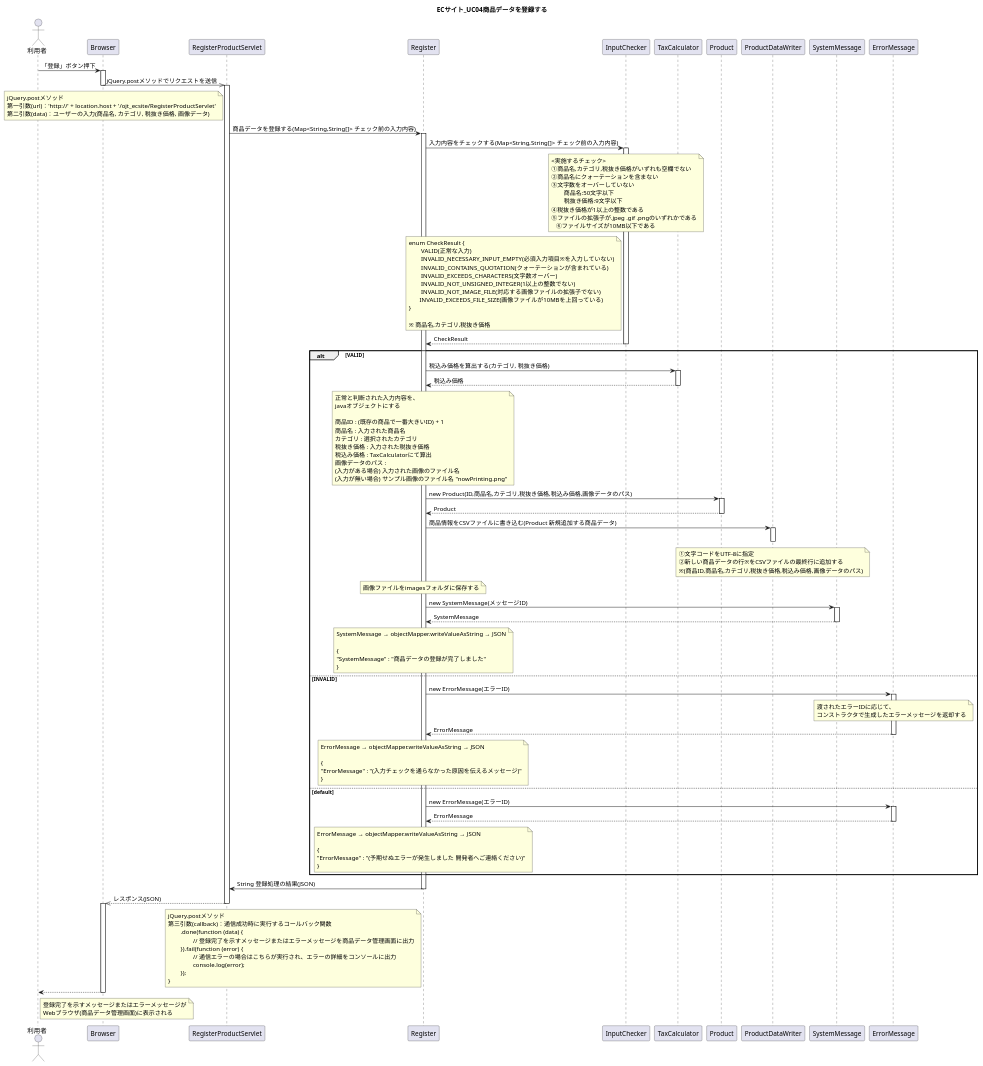
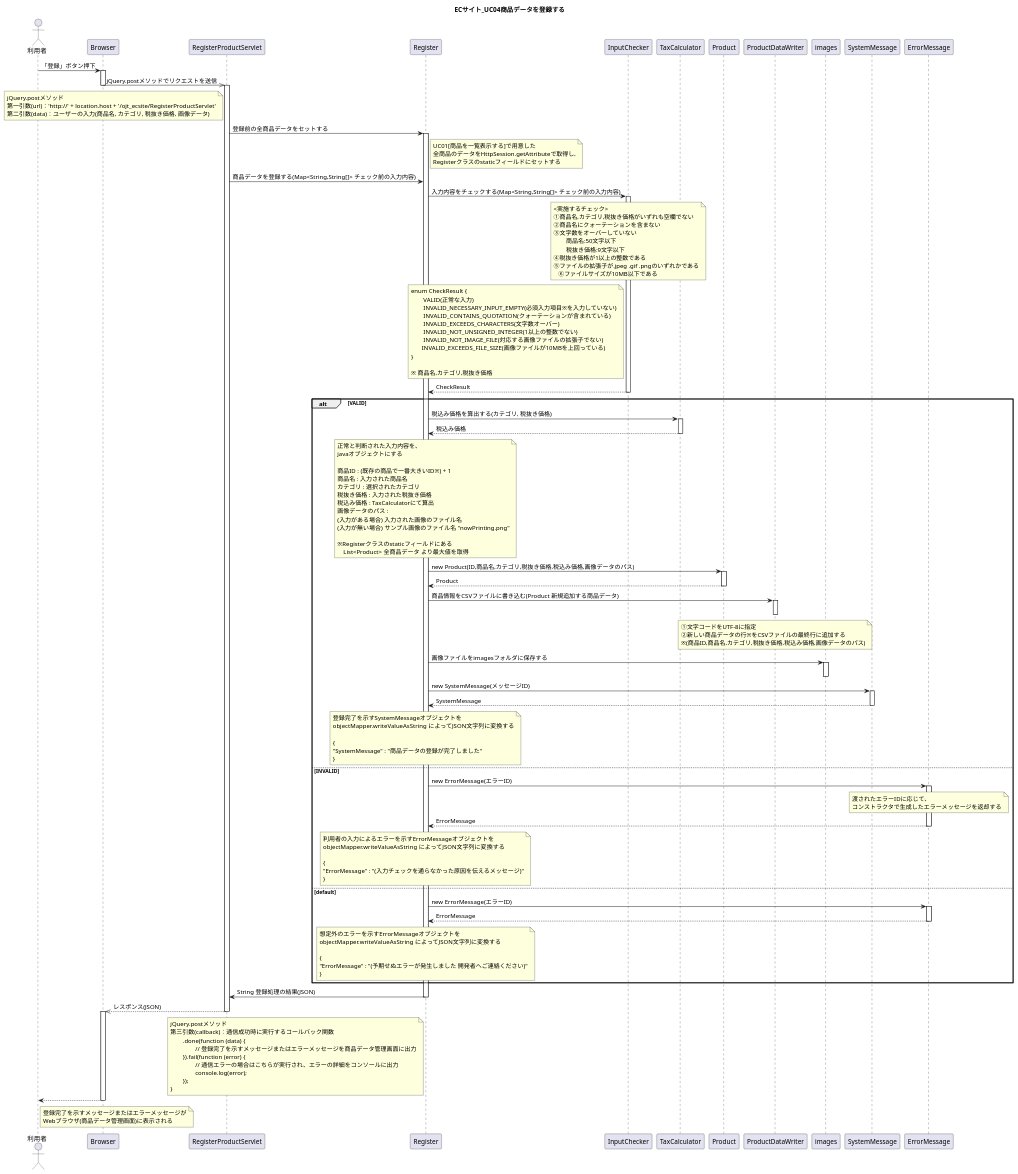
The diagram in UML/Sequence04.puml (wnakayama/ojt_ecsite), drawn with PlantUML before and after one commit. The commit also changed 3 other files, not shown here.

```diff
--- a/UML/Sequence04.puml
+++ b/UML/Sequence04.puml
@@ -1,172 +1,184 @@
 @startuml
 title ECサイト_UC04商品データを登録する
 
 actor 利用者
 
 利用者 -> Browser : 「登録」ボタン押下
 activate Browser
 
 Browser ->> RegisterProductServlet : jQuery.postメソッドでリクエストを送信
 deactivate Browser
 activate RegisterProductServlet
 
 	note left of RegisterProductServlet
 	jQuery.postメソッド
 	第一引数(url)：'http://' + location.host + '/ojt_ecsite/RegisterProductServlet'
 	第二引数(data)：ユーザーの入力(商品名, カテゴリ, 税抜き価格, 画像データ)
 	end note
 
+RegisterProductServlet -> Register : 登録前の全商品データをセットする
+activate Register
+	note right of Register
+	UC01[商品を一覧表示する]で用意した
+	全商品のデータをHttpSession.getAttributeで取得し,
+	Registerクラスのstaticフィールドにセットする
+	end note
+
 RegisterProductServlet -> Register : 商品データを登録する(Map<String,String[]> チェック前の入力内容)
-activate Register
-
 Register -> InputChecker : 入力内容をチェックする(Map<String,String[]> チェック前の入力内容)
 activate InputChecker
 
 	note over InputChecker
 	<実施するチェック>
 	①商品名,カテゴリ,税抜き価格がいずれも空欄でない
 	②商品名にクォーテーションを含まない
 	③文字数をオーバーしていない
 		商品名:50文字以下
 		税抜き価格:9文字以下
 	④税抜き価格が1以上の整数である
 	⑤ファイルの拡張子が.jpeg .gif .pngのいずれかである
     ⑥ファイルサイズが10MB以下である
 	end note
 
 	note left of InputChecker 
 	enum CheckResult {
 		VALID(正常な入力)
 		INVALID_NECESSARY_INPUT_EMPTY(必須入力項目※を入力していない)
 		INVALID_CONTAINS_QUOTATION(クォーテーションが含まれている)
 		INVALID_EXCEEDS_CHARACTERS(文字数オーバー)
 		INVALID_NOT_UNSIGNED_INTEGER(1以上の整数でない)
 		INVALID_NOT_IMAGE_FILE(対応する画像ファイルの拡張子でない)
         INVALID_EXCEEDS_FILE_SIZE(画像ファイルが10MBを上回っている)
 	}
 
 	※ 商品名,カテゴリ,税抜き価格
 	end note
 
 Register <-- InputChecker : CheckResult
 deactivate InputChecker
 
 
 alt VALID
 
 Register -> TaxCalculator : 税込み価格を算出する(カテゴリ, 税抜き価格)
 activate TaxCalculator
 Register <-- TaxCalculator : 税込み価格
 deactivate TaxCalculator
 
 	note over Register
 	正常と判断された入力内容を、
 	javaオブジェクトにする
 
-	商品ID : (既存の商品で一番大きいID) + 1
+	商品ID : (既存の商品で一番大きいID※) + 1
 	商品名 : 入力された商品名
 	カテゴリ : 選択されたカテゴリ
 	税抜き価格 : 入力された税抜き価格
 	税込み価格 : TaxCalculatorにて算出
 	画像データのパス : 
 	(入力がある場合) 入力された画像のファイル名
 	(入力が無い場合) サンプル画像のファイル名 "nowPrinting.png"
+
+	※Registerクラスのstaticフィールドにある
+	　List<Product> 全商品データ より最大値を取得
 	end note
 
 Register -> Product : new Product(ID,商品名,カテゴリ,税抜き価格,税込み価格,画像データのパス)
 activate Product
 Register <-- Product : Product
 deactivate Product
 
 Register -> ProductDataWriter : 商品情報をCSVファイルに書き込む(Product 新規追加する商品データ)
 activate ProductDataWriter
 	note over ProductDataWriter
 	①文字コードをUTF-8に指定
 	②新しい商品データの行※をCSVファイルの最終行に追加する
 	※(商品ID,商品名,カテゴリ,税抜き価格,税込み価格,画像データのパス)
 	end note
 deactivate ProductDataWriter
 
-	note over Register
-	画像ファイルをimagesフォルダに保存する
-	end note
+Register -> images : 画像ファイルをimagesフォルダに保存する
+activate images
+deactivate images
 
 Register -> SystemMessage : new SystemMessage(メッセージID)
 activate SystemMessage
 Register <-- SystemMessage : SystemMessage
 deactivate SystemMessage
 
 	note over Register
-	SystemMessage → objectMapper.writeValueAsString → JSON
+	登録完了を示すSystemMessageオブジェクトを
+	objectMapper.writeValueAsString によってJSON文字列に変換する
 
 	{
 	"SystemMessage" : "商品データの登録が完了しました"
 	}
 	end note
 
 else INVALID
 
 Register -> ErrorMessage : new ErrorMessage(エラーID)
 activate ErrorMessage
 
 	note over ErrorMessage
 	渡されたエラーIDに応じて、
 	コンストラクタで生成したエラーメッセージを返却する
 	end note
 
 Register <-- ErrorMessage : ErrorMessage
 deactivate ErrorMessage
 
 	note over Register
-	ErrorMessage → objectMapper.writeValueAsString → JSON
+	利用者の入力によるエラーを示すErrorMessageオブジェクトを
+	objectMapper.writeValueAsString によってJSON文字列に変換する
 
 	{
 	"ErrorMessage" : "(入力チェックを通らなかった原因を伝えるメッセージ)"
 	}
 	end note
 
 else default
 
 Register -> ErrorMessage : new ErrorMessage(エラーID)
 activate ErrorMessage
 Register <-- ErrorMessage : ErrorMessage
 deactivate ErrorMessage
 
 	note over Register
-	ErrorMessage → objectMapper.writeValueAsString → JSON
+	想定外のエラーを示すErrorMessageオブジェクトを
+	objectMapper.writeValueAsString によってJSON文字列に変換する
 
 	{
 	"ErrorMessage" : "(予期せぬエラーが発生しました 開発者へご連絡ください)"
 	}
 	end note
 
 end
 
 RegisterProductServlet <- Register : String 登録処理の結果(JSON)
 deactivate Register
 Browser <<-- RegisterProductServlet : レスポンス(JSON)
 deactivate RegisterProductServlet
 activate Browser
 
 	note left of Register
 	jQuery.postメソッド
 	第三引数(callback)：通信成功時に実行するコールバック関数
 		.done(function (data) {
 			// 登録完了を示すメッセージまたはエラーメッセージを商品データ管理画面に出力
 		}).fail(function (error) {
 			// 通信エラーの場合はこちらが実行され、エラーの詳細をコンソールに出力
 			console.log(error);
 		});
 	}
 	end note
 
 
 利用者 <-- Browser
 	note right of 利用者
 	登録完了を示すメッセージまたはエラーメッセージが
 	Webブラウザ(商品データ管理画面)に表示される
 	end note
 
 deactivate Browser
 
 @enduml
```
